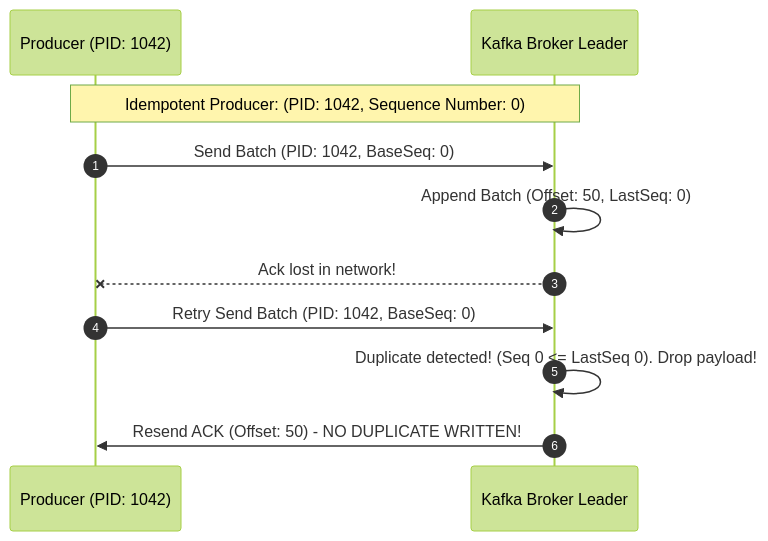
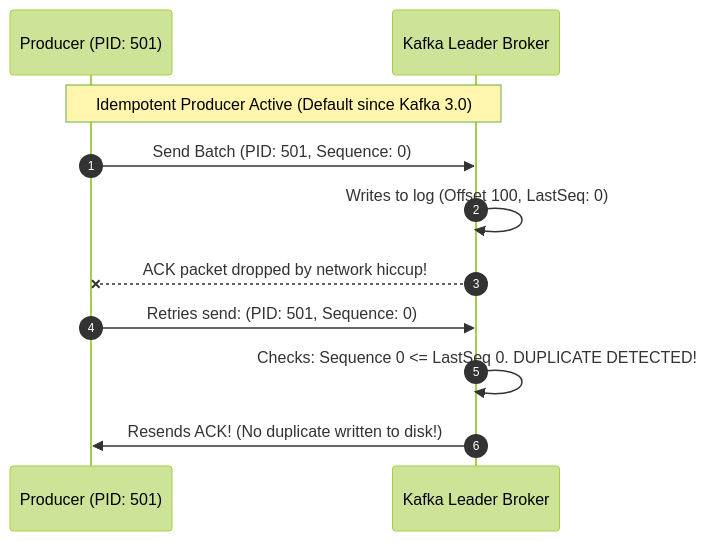
One commit to PandeyKishan/Study-Notes changed the fourth of 4 diagrams in 03-Apache-Kafka/02-Producer-Internals-and-Delivery-Semantics.md. Above: the diagram before and after it, drawn with Mermaid (forest theme). The commit also changed other lines of this file and 20 other files, not shown here.

````diff
--- a/03-Apache-Kafka/02-Producer-Internals-and-Delivery-Semantics.md
+++ b/03-Apache-Kafka/02-Producer-Internals-and-Delivery-Semantics.md
@@ -109,14 +125,14 @@
 ```mermaid
 sequenceDiagram
     autonumber
-    participant Prod as Producer (PID: 1042)
-    participant Broker as Kafka Broker Leader
+    participant Prod as Producer (PID: 501)
+    participant Broker as Kafka Leader Broker
 
-    Note over Prod,Broker: Idempotent Producer: (PID: 1042, Sequence Number: 0)
-    Prod->>Broker: Send Batch (PID: 1042, BaseSeq: 0)
-    Broker->>Broker: Append Batch (Offset: 50, LastSeq: 0)
-    Broker--xProd: Ack lost in network!
-    Prod->>Broker: Retry Send Batch (PID: 1042, BaseSeq: 0)
-    Broker->>Broker: Duplicate detected! (Seq 0 <= LastSeq 0). Drop payload!
-    Broker->>Prod: Resend ACK (Offset: 50) - NO DUPLICATE WRITTEN!
+    Note over Prod,Broker: Idempotent Producer Active (Default since Kafka 3.0)
+    Prod->>Broker: Send Batch (PID: 501, Sequence: 0)
+    Broker->>Broker: Writes to log (Offset 100, LastSeq: 0)
+    Broker--xProd: ACK packet dropped by network hiccup!
+    Prod->>Broker: Retries send: (PID: 501, Sequence: 0)
+    Broker->>Broker: Checks: Sequence 0 <= LastSeq 0. DUPLICATE DETECTED!
+    Broker->>Prod: Resends ACK! (No duplicate written to disk!)
 ```
````
